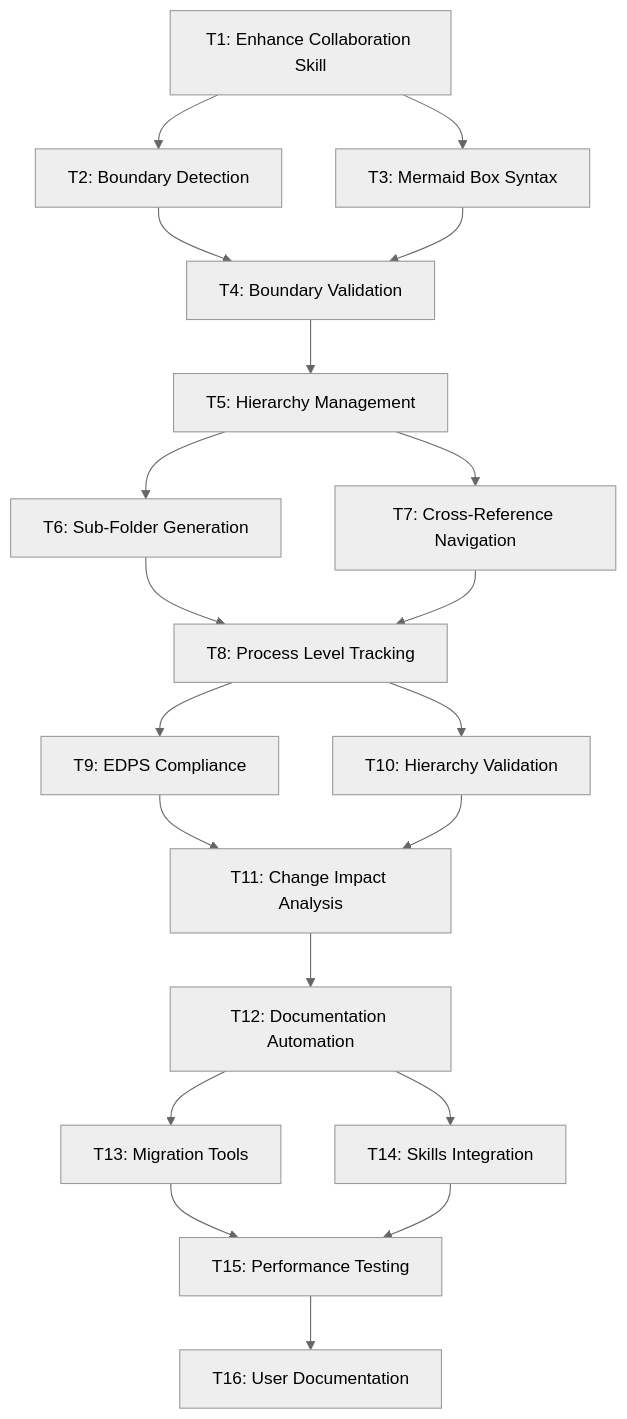
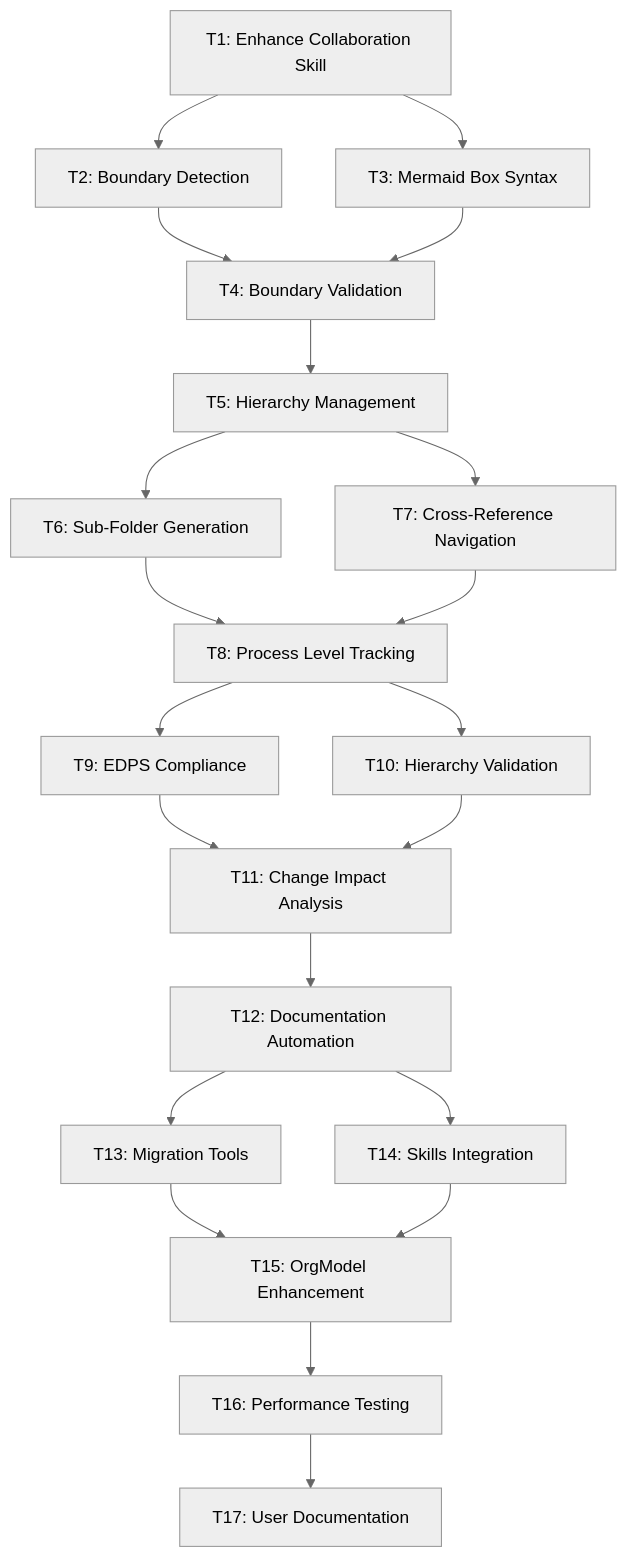
Before and after one commit to zhongadamwang/AI_Slowcooker: the diagram in OrgDocument/projects/03 - Building Skills Iteration 2/tasks/README.md, drawn with Mermaid (neutral theme). The commit also changed other lines of this file and 5 other files, not shown here.

````diff
--- a/OrgDocument/projects/03 - Building Skills Iteration 2/tasks/README.md
+++ b/OrgDocument/projects/03 - Building Skills Iteration 2/tasks/README.md
@@ -54,25 +56,26 @@
 ```mermaid
 graph TD
     T1[T1: Enhance Collaboration Skill] --> T2[T2: Boundary Detection]
     T1 --> T3[T3: Mermaid Box Syntax]
     T2 --> T4[T4: Boundary Validation]
     T3 --> T4
     
     T4 --> T5[T5: Hierarchy Management]
     T5 --> T6[T6: Sub-Folder Generation]
     T5 --> T7[T7: Cross-Reference Navigation]
     T6 --> T8[T8: Process Level Tracking]
     T7 --> T8
     
     T8 --> T9[T9: EDPS Compliance]
     T8 --> T10[T10: Hierarchy Validation]
     T9 --> T11[T11: Change Impact Analysis]
     T10 --> T11
     T11 --> T12[T12: Documentation Automation]
     
     T12 --> T13[T13: Migration Tools]
     T12 --> T14[T14: Skills Integration]
-    T13 --> T15[T15: Performance Testing]
+    T13 --> T15[T15: OrgModel Enhancement]
     T14 --> T15
-    T15 --> T16[T16: User Documentation]
+    T15 --> T16[T16: Performance Testing]
+    T16 --> T17[T17: User Documentation]
 ```
````
